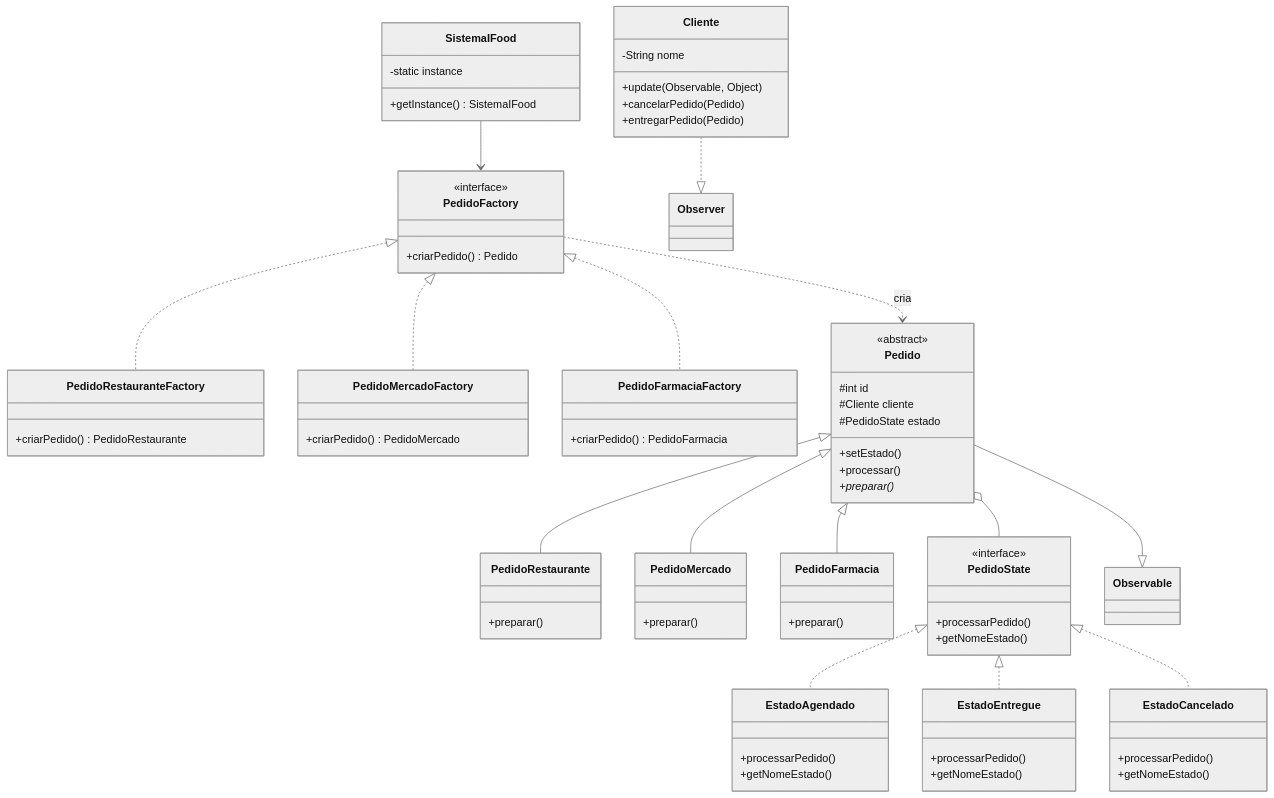
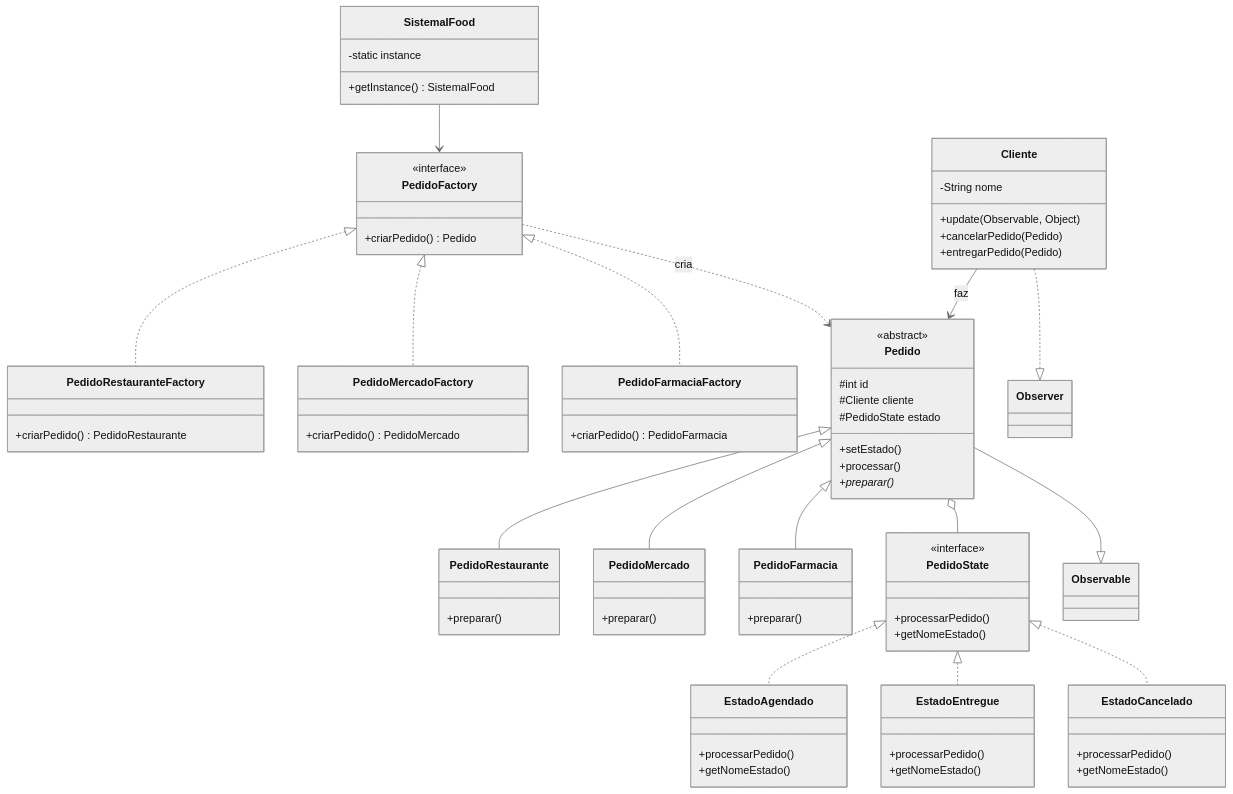
The first of 2 diagrams in README.md (Theml/Atividade-8), drawn with Mermaid (neutral theme) before and after one commit. The commit also changed other lines of this file, not shown here.

````diff
--- a/README.md
+++ b/README.md
@@ -152,7 +152,7 @@
         +processarPedido()
         +getNomeEstado()
     }
-
+    
     class EstadoEntregue {
         +processarPedido()
         +getNomeEstado()
@@ -183,6 +183,9 @@
     PedidoState <|.. EstadoEntregue
     PedidoState <|.. EstadoCancelado
     
+    %% Conexão Cliente-Pedido
+    Cliente --> Pedido : faz
+    
     Pedido --|> Observable
     Cliente ..|> Observer
 ```
````
